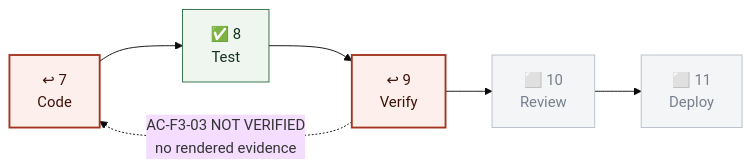
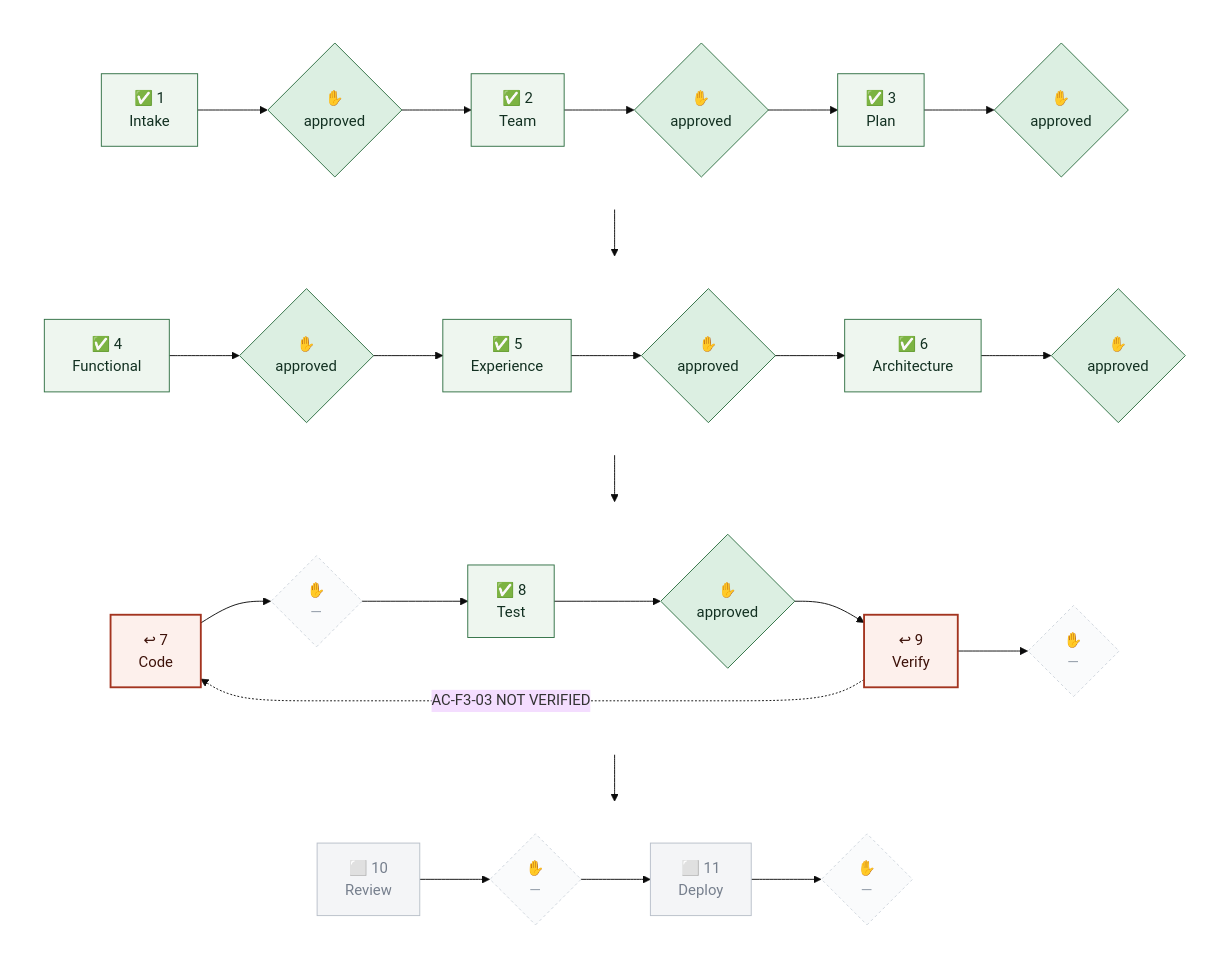
The fourth of 7 diagrams in admin/samples/PIPELINE_WALKTHROUGH.md (tandonakhil/AICluadeCode), drawn with Mermaid (base theme) before and after one commit. The commit also changed other lines of this file and 5 other files, not shown here.

First line of the commit message:
Graph: wrap at 7 boxes, human checkpoints as activated steps, mandatory control

````diff
--- a/admin/samples/PIPELINE_WALKTHROUGH.md
+++ b/admin/samples/PIPELINE_WALKTHROUGH.md
@@ -274,13 +356,41 @@
 ```mermaid
-flowchart LR
-  G7["↩ 7<br/>Code"] --> G8["✅ 8<br/>Test"] --> G9["↩ 9<br/>Verify"]
-  G9 -.->|"AC-F3-03 NOT VERIFIED<br/>no rendered evidence"| G7
-  G9 --> G10["⬜ 10<br/>Review"] --> G11["⬜ 11<br/>Deploy"]
-
+flowchart TB
+  subgraph r1 [" "]
+    direction LR
+    G1["✅ 1<br/>Intake"] --> H1{"✋<br/>approved"} --> G2["✅ 2<br/>Team"] --> H2{"✋<br/>approved"} --> G3["✅ 3<br/>Plan"] --> H3{"✋<br/>approved"}
+  end
+  subgraph r2 [" "]
+    direction LR
+    G4["✅ 4<br/>Functional"] --> H4{"✋<br/>approved"} --> G5["✅ 5<br/>Experience"] --> H5{"✋<br/>approved"} --> G6["✅ 6<br/>Architecture"] --> H6{"✋<br/>approved"}
+  end
+  subgraph r3 [" "]
+    direction LR
+    G7["↩ 7<br/>Code"] --> H7{"✋<br/>—"} --> G8["✅ 8<br/>Test"] --> H8{"✋<br/>approved"} --> G9["↩ 9<br/>Verify"] --> H9{"✋<br/>—"}
+  end
+  subgraph r4 [" "]
+    direction LR
+    G10["⬜ 10<br/>Review"] --> H10{"✋<br/>—"} --> G11["⬜ 11<br/>Deploy"] --> H11{"✋<br/>—"}
+  end
+  H3 --> G4
+  H6 --> G7
+  H9 --> G10
+  G9 -.->|AC-F3-03 NOT VERIFIED| G7
   classDef done    fill:#eef6ef,stroke:#2f6f43,color:#123021
+  classDef active  fill:#fff8e6,stroke:#8a6410,stroke-width:2px,color:#3d2c04
   classDef looped  fill:#fdf0ec,stroke:#a3341f,stroke-width:2px,color:#3d1109
+  classDef warn    fill:#fff8e6,stroke:#8a6410,stroke-width:2px,color:#3d2c04
   classDef pending fill:#f4f5f7,stroke:#b8bfc9,color:#767f8d
-  class G8 done
+  classDef skipped fill:#f4f5f7,stroke:#b8bfc9,color:#767f8d,stroke-dasharray:4 3
+  classDef hdone   fill:#dcefe2,stroke:#2f6f43,color:#123021
+  classDef hwait   fill:#ffe9a8,stroke:#8a6410,stroke-width:4px,color:#3d2c04
+  classDef hpend   fill:#fafbfc,stroke:#cfd5dd,color:#98a1ad,stroke-dasharray:3 3
+  classDef hskip   fill:#fafbfc,stroke:#cfd5dd,color:#98a1ad,stroke-dasharray:3 3
+  classDef hnone   fill:#f8ded7,stroke:#a3341f,stroke-width:3px,color:#3d1109
+  classDef rowbox  fill:none,stroke:none
+  class G1,G2,G3,G4,G5,G6,G8 done
+  class H1,H2,H3,H4,H5,H6,H8 hdone
   class G7,G9 looped
+  class H7,H9,H10,H11 hpend
   class G10,G11 pending
+  class r1,r2,r3,r4 rowbox
 ```
````
